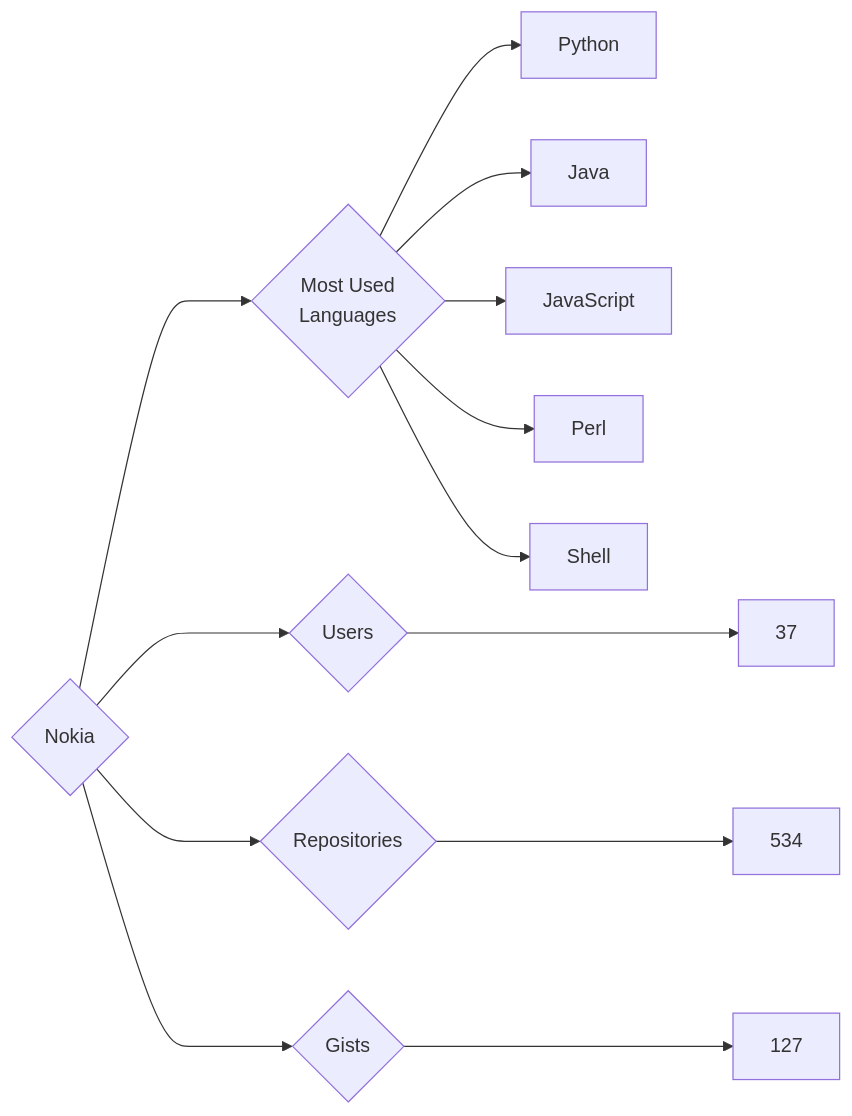
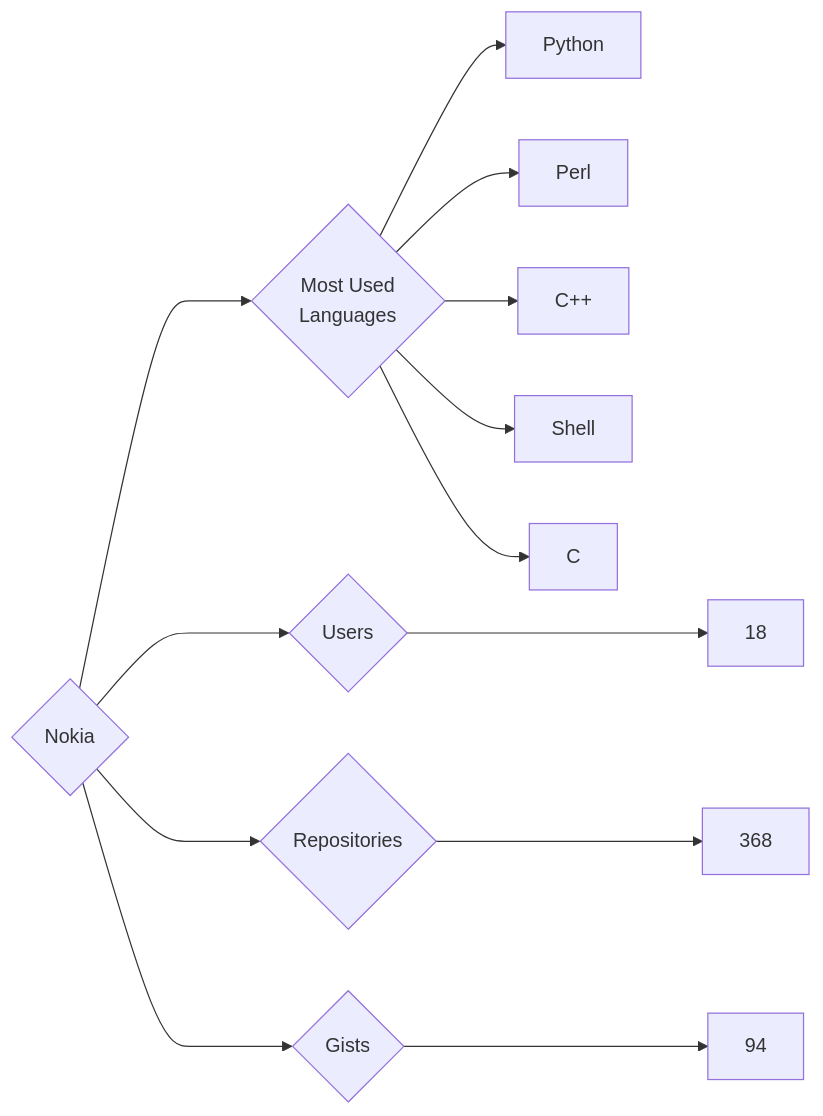
One commit to trickest/insiders changed the diagram in targets/Nokia/README.md. Above: the diagram before and after it, drawn with Mermaid. The commit also changed 912 other files, not shown here.

````diff
--- a/targets/Nokia/README.md
+++ b/targets/Nokia/README.md
@@ -3,13 +3,13 @@
 ```mermaid
 graph LR
 COMPANY_NAME{Nokia}
-COMPANY_NAME ---> U{Users} ---> UN[37]
-COMPANY_NAME ---> R{Repositories} ---> RN[534]
-COMPANY_NAME ---> G{Gists} ---> GN[127]
+COMPANY_NAME ---> U{Users} ---> UN[18]
+COMPANY_NAME ---> R{Repositories} ---> RN[368]
+COMPANY_NAME ---> G{Gists} ---> GN[94]
 COMPANY_NAME ---> ML{Most Used<br>Languages}
 ML --> Python[Python]
-ML --> Java[Java]
-ML --> JavaScript[JavaScript]
 ML --> Perl[Perl]
+ML --> C++[C++]
 ML --> Shell[Shell]
+ML --> C[C]
 ```
````
